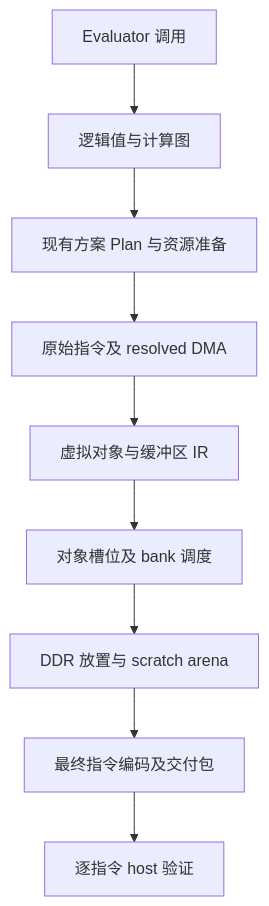
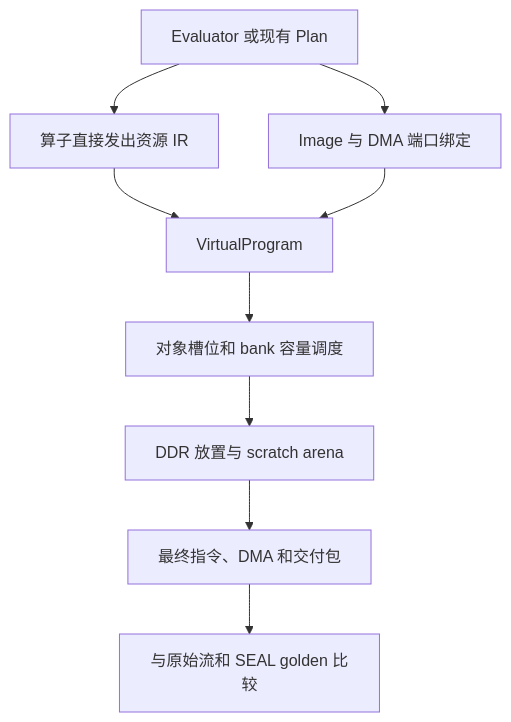
One commit to adamsir32/inline-asm changed the diagram in doc/architecture/HPU_COMPILER_RESOURCES.md. Above: the diagram before and after it, drawn with Mermaid. The commit also changed other lines of this file and 63 other files, not shown here.

````diff
--- a/doc/architecture/HPU_COMPILER_RESOURCES.md
+++ b/doc/architecture/HPU_COMPILER_RESOURCES.md
@@ -9,11 +14,11 @@
 ```mermaid
 flowchart TD
-    A[Evaluator 调用] --> B[逻辑值与计算图]
-    B --> C[现有方案 Plan 与资源准备]
-    C --> D[原始指令及 resolved DMA]
-    D --> E[虚拟对象与缓冲区 IR]
-    E --> F[对象槽位及 bank 调度]
-    F --> G[DDR 放置与 scratch arena]
-    G --> H[最终指令编码及交付包]
-    H --> I[逐指令 host 验证]
+    A[Evaluator 或现有 Plan] --> B[算子直接发出资源 IR]
+    A --> C[Image 与 DMA 端口绑定]
+    B --> D[VirtualProgram]
+    C --> D
+    D --> E[对象槽位和 bank 容量调度]
+    E --> F[DDR 放置与 scratch arena]
+    F --> G[最终指令、DMA 和交付包]
+    G --> H[与原始流和 SEAL golden 比较]
 ```
````
